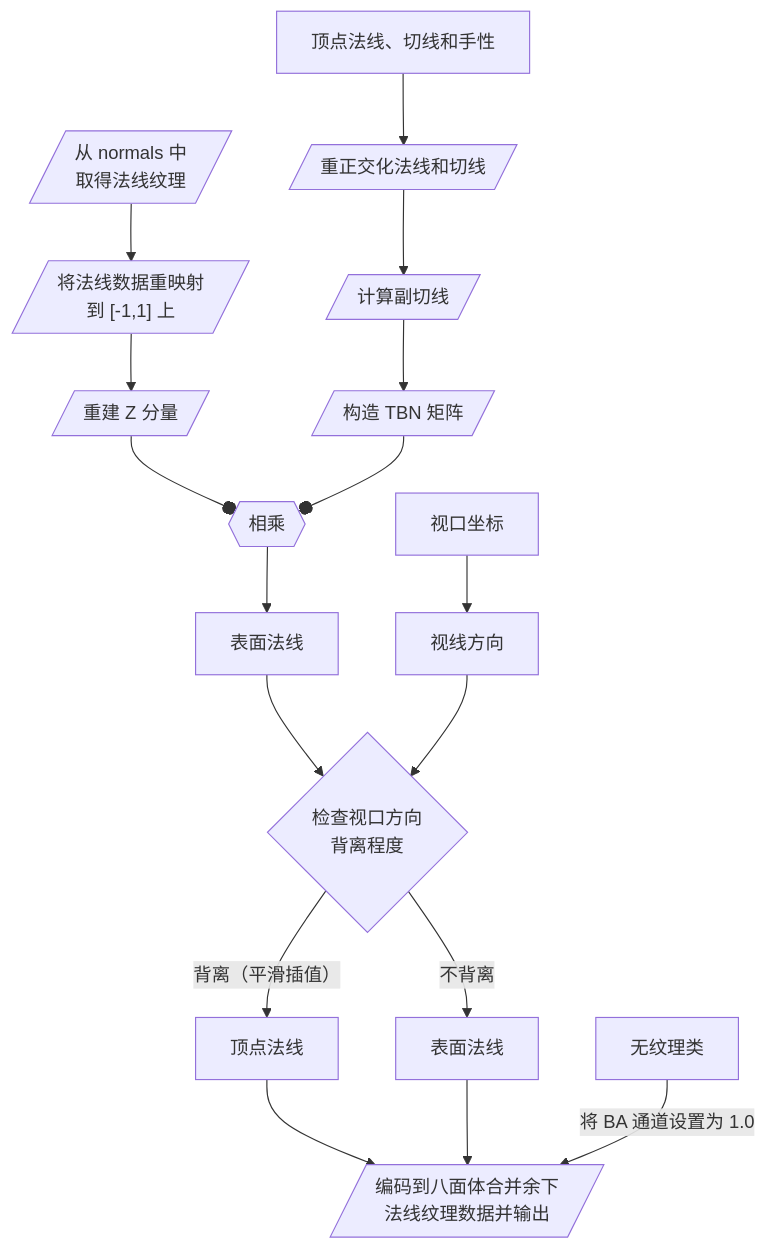
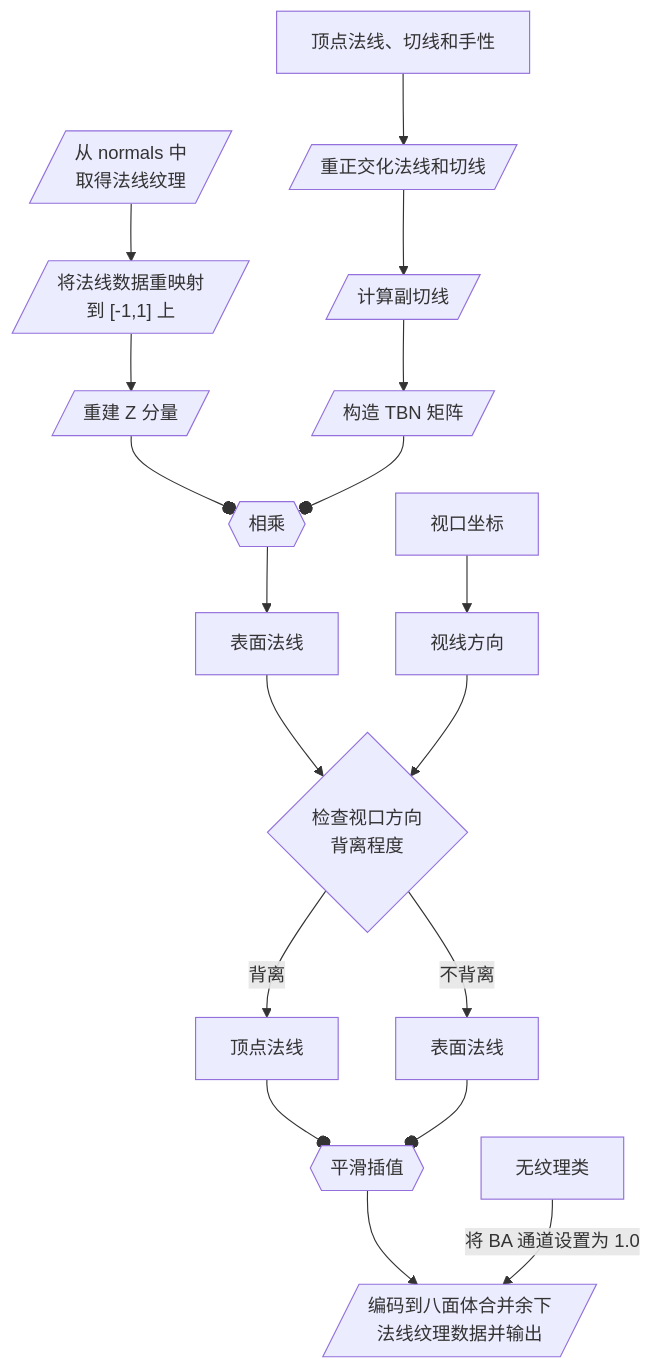
The first of 4 diagrams in Writerside/topics/Developer/Tutorial/Shader/2-3-1-advancedLighting.md (MineGraphCN/MGC_Docs), drawn with Mermaid before and after one commit. The commit also changed other lines of this file and 10 other files, not shown here.

````diff
--- a/Writerside/topics/Developer/Tutorial/Shader/2-3-1-advancedLighting.md
+++ b/Writerside/topics/Developer/Tutorial/Shader/2-3-1-advancedLighting.md
@@ -726,26 +726,26 @@
 ```mermaid
 flowchart TD
     out["顶点法线、切线和手性"]
     out2[视口坐标] --> in[视线方向]
     T1[/"`从 normals 中
     取得法线纹理`"/] --> T2
     T2[/"`将法线数据重映射
     到 [-1,1] 上`"/] --> T3
     T3[/重建 Z 分量/]
     TBN1[/"重正交化法线和切线"/] --> TBN2
     TBN2[/"计算副切线"/] --> TBN3
     TBN3[/"构造 TBN 矩阵"/]
     CVS{"检查视口方向
     背离程度"}
     YES[顶点法线]
     NO[表面法线]
     T3 --o MUL{{相乘}} --> SN[表面法线] --> CVS
     TBN3 --o MUL
-    CVS -- 背离（平滑插值） --> YES
+    CVS -- 背离 --> YES
     CVS -- 不背离 --> NO
     out --> TBN1
     in --> CVS
-    YES & NO --> EW[/"编码到八面体合并余下
+    YES & NO --o SMOOTH{{"平滑插值"}} --> EW[/"编码到八面体合并余下
     法线纹理数据并输出"/]
     TL[无纹理类] -- 将 BA 通道设置为 1.0 --> EW
 ```
````
